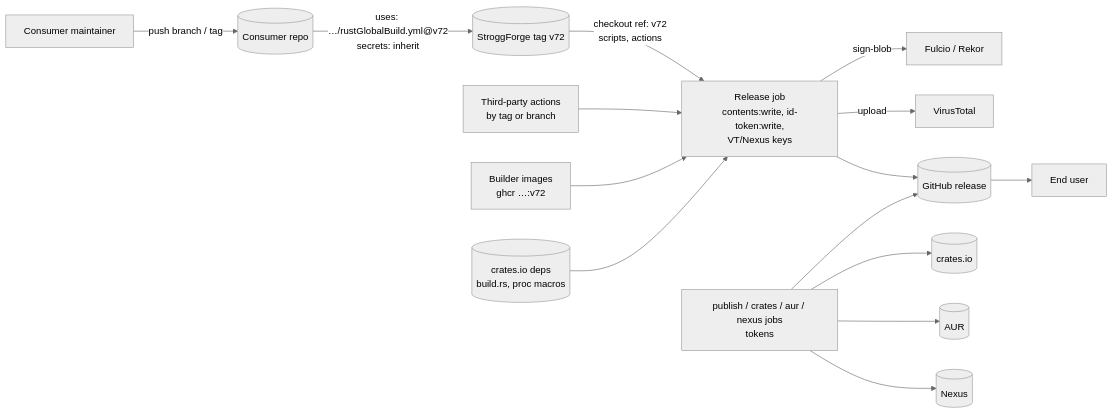
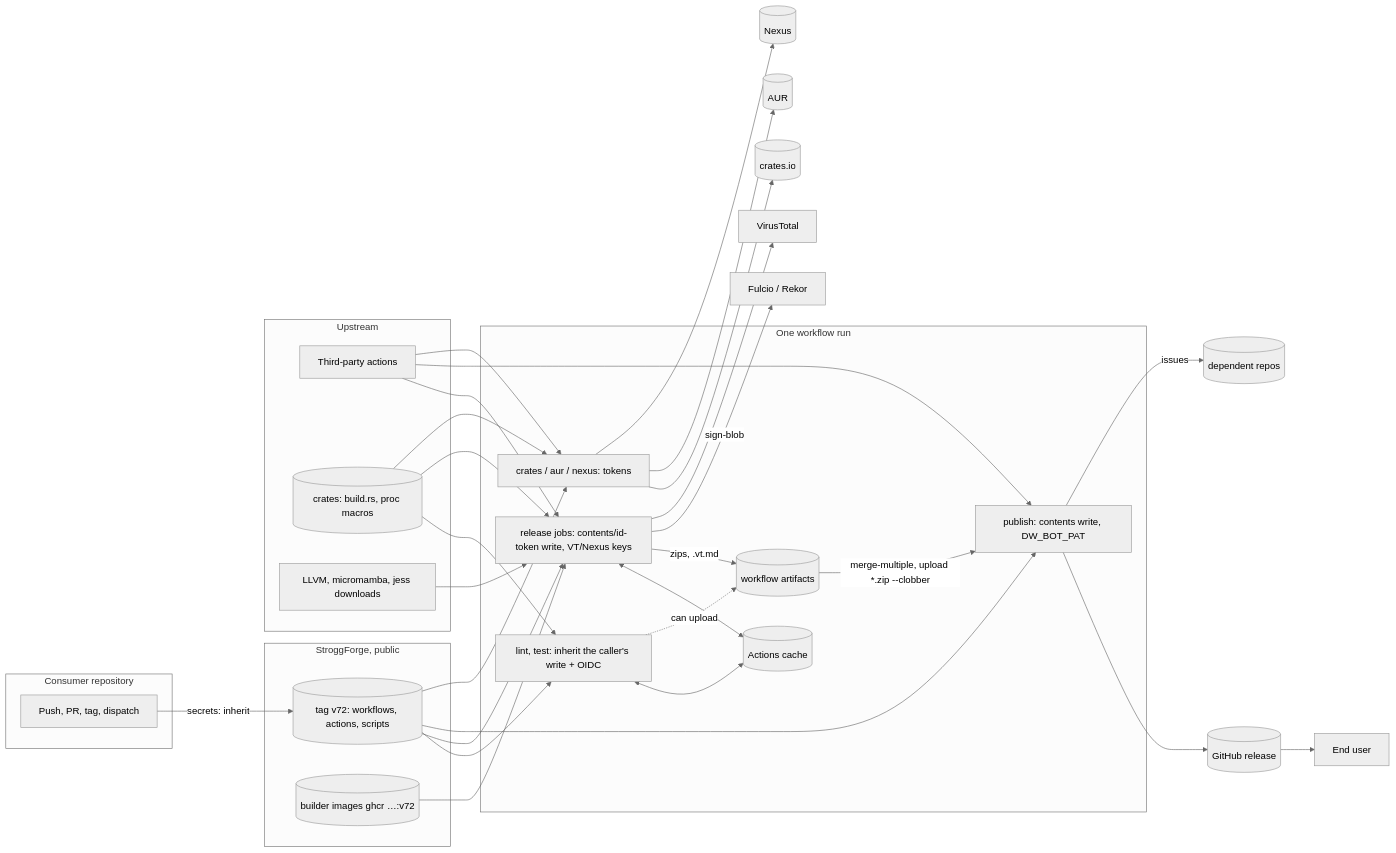
The first of 5 diagrams in docs/sec/SEC-101-threat-model.md (DreamWeave-MP/StroggForge), drawn with Mermaid (neutral theme) before and after one commit. The commit also changed other lines of this file and 28 other files, not shown here.

````diff
--- a/docs/sec/SEC-101-threat-model.md
+++ b/docs/sec/SEC-101-threat-model.md
@@ -62,14 +116,39 @@
 ```mermaid
 flowchart LR
-  dev[Consumer maintainer] -->|push branch / tag| repo[(Consumer repo)]
-  repo -->|"uses: …/rustGlobalBuild.yml@v72<br/>secrets: inherit"| sf[(StroggForge tag v72)]
-  sf -->|"checkout ref: v72<br/>scripts, actions"| job
-  third[Third-party actions<br/>by tag or branch] --> job
-  img[Builder images<br/>ghcr …:v72] --> job
-  crates[(crates.io deps<br/>build.rs, proc macros)] --> job
-  job[Release job<br/>contents:write, id-token:write,<br/>VT/Nexus keys] -->|sign-blob| fulcio[Fulcio / Rekor]
-  job -->|upload| vt[VirusTotal]
-  job --> gh[(GitHub release)]
-  pub[publish / crates / aur / nexus jobs<br/>tokens] --> gh & cio[(crates.io)] & aur[(AUR)] & nexus[(Nexus)]
-  gh --> user[End user]
+  subgraph consumer[Consumer repository]
+    push[Push, PR, tag, dispatch]
+  end
+  subgraph sf[StroggForge, public]
+    tag[(tag v72: workflows, actions, scripts)]
+    img[(builder images ghcr …:v72)]
+  end
+  subgraph upstream[Upstream]
+    acts[Third-party actions]
+    crates[(crates: build.rs, proc macros)]
+    tools[LLVM, micromamba, jess downloads]
+  end
+  subgraph run[One workflow run]
+    lint[lint, test: inherit the caller's write + OIDC]
+    rel[release jobs: contents/id-token write, VT/Nexus keys]
+    cache[(Actions cache)]
+    art[(workflow artifacts)]
+    pub[publish: contents write, DW_BOT_PAT]
+    chan[crates / aur / nexus: tokens]
+  end
+  push -->|"secrets: inherit"| tag
+  tag --> lint & rel & pub & chan
+  acts --> rel & pub & chan
+  img --> rel
+  crates --> lint & rel & chan
+  tools --> rel
+  lint & rel <--> cache
+  lint -.->|can upload| art
+  rel -->|zips, .vt.md| art
+  art -->|"merge-multiple, upload *.zip --clobber"| pub
+  rel -->|sign-blob| fulcio[Fulcio / Rekor]
+  rel --> vt[VirusTotal]
+  pub --> ghr[(GitHub release)]
+  pub -->|issues| deps[(dependent repos)]
+  chan --> cio[(crates.io)] & aur[(AUR)] & nexus[(Nexus)]
+  ghr --> user[End user]
 ```
````
